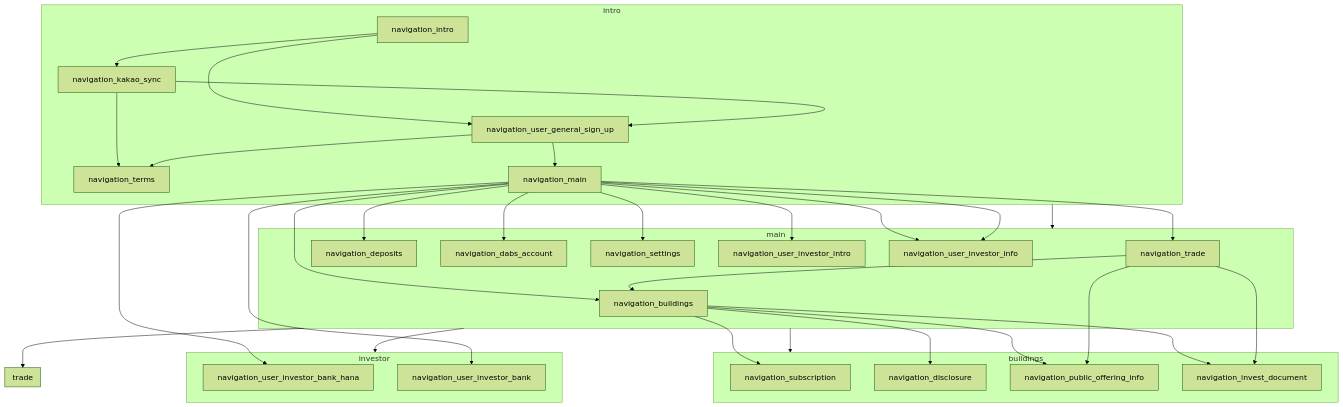
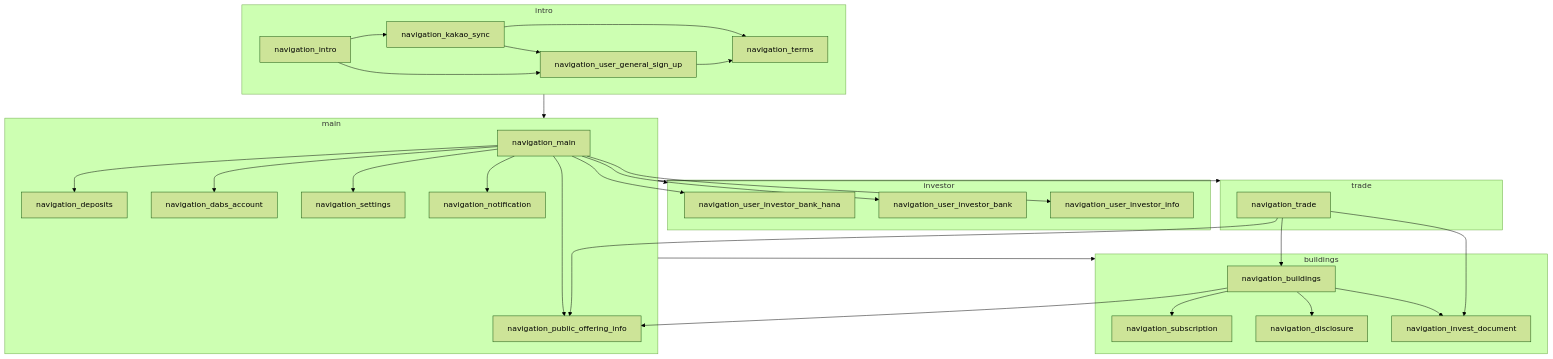
The diagram in mermaid/navigation.mermaid (code-bross/flow-chart-sample), drawn with Mermaid (forest theme) before and after one commit.

```diff
--- a/mermaid/navigation.mermaid
+++ b/mermaid/navigation.mermaid
@@ -1,38 +1,35 @@
 flowchart TB
     subgraph intro
         navigation_intro-->navigation_kakao_sync;
         navigation_intro-->navigation_user_general_sign_up;
         navigation_kakao_sync-->navigation_terms;
         navigation_kakao_sync-->navigation_user_general_sign_up;
         navigation_user_general_sign_up-->navigation_terms;
-        navigation_user_general_sign_up-->navigation_main;
     end
     subgraph main
-        navigation_main-->navigation_buildings;
-        navigation_main-->navigation_trade;
         navigation_main-->navigation_deposits;
         navigation_main-->navigation_dabs_account;
         navigation_main-->navigation_settings;
-        navigation_main-->navigation_user_investor_intro;
-        navigation_main-->navigation_user_investor_info;
+        navigation_main-->navigation_notification;
+        navigation_main-->navigation_public_offering_info;
     end
     subgraph investor
         navigation_main-->navigation_user_investor_bank_hana;
         navigation_main-->navigation_user_investor_bank;
         navigation_main-->navigation_user_investor_info;
     end
     subgraph buildings
         navigation_buildings-->navigation_subscription;
         navigation_buildings-->navigation_disclosure;
         navigation_buildings-->navigation_public_offering_info;
         navigation_buildings-->navigation_invest_document;
     end
     subgraph trade
         navigation_trade-->navigation_public_offering_info
         navigation_trade-->navigation_buildings
         navigation_trade-->navigation_invest_document
     end
+    intro --> main;
     main --> investor;
     main --> buildings;
     main --> trade;
-    intro --> main;
```
